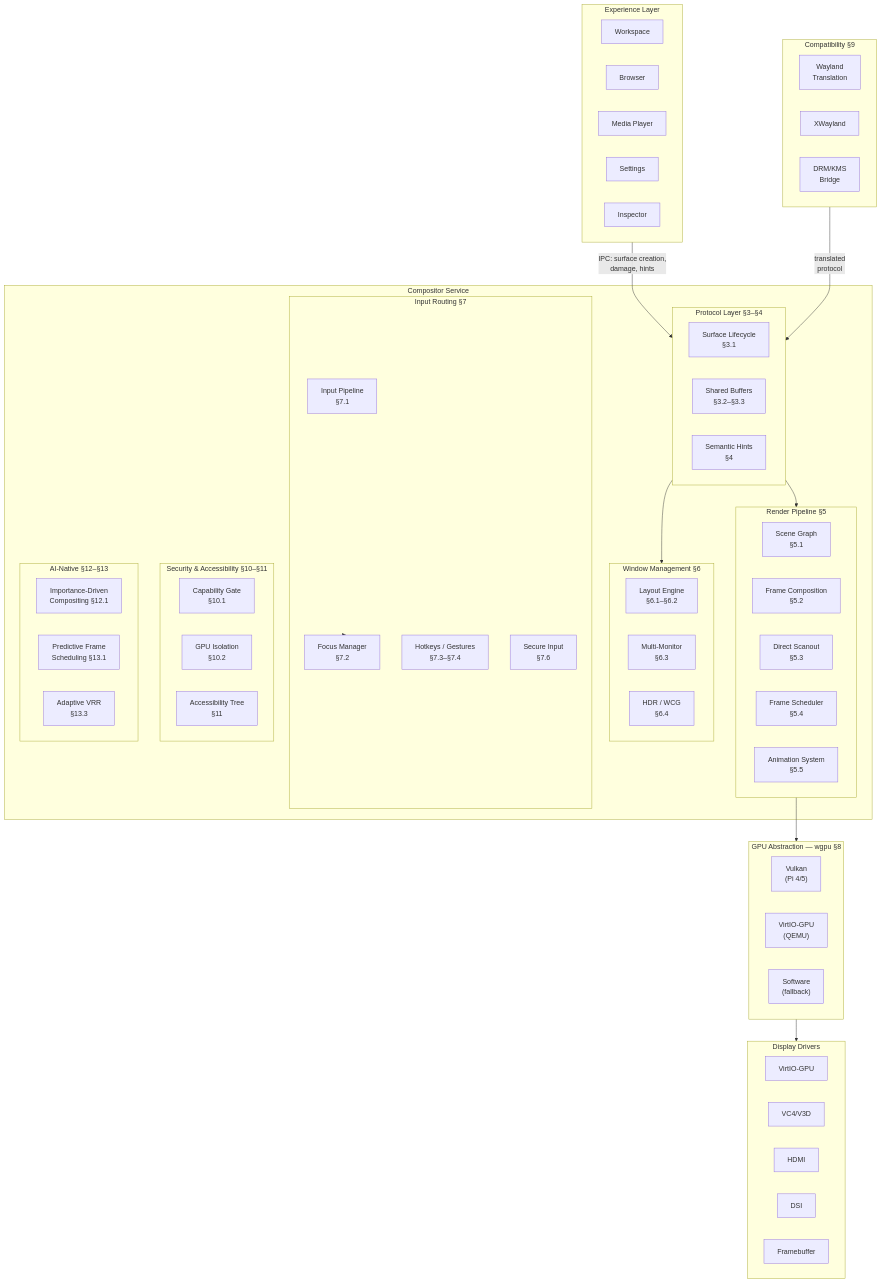
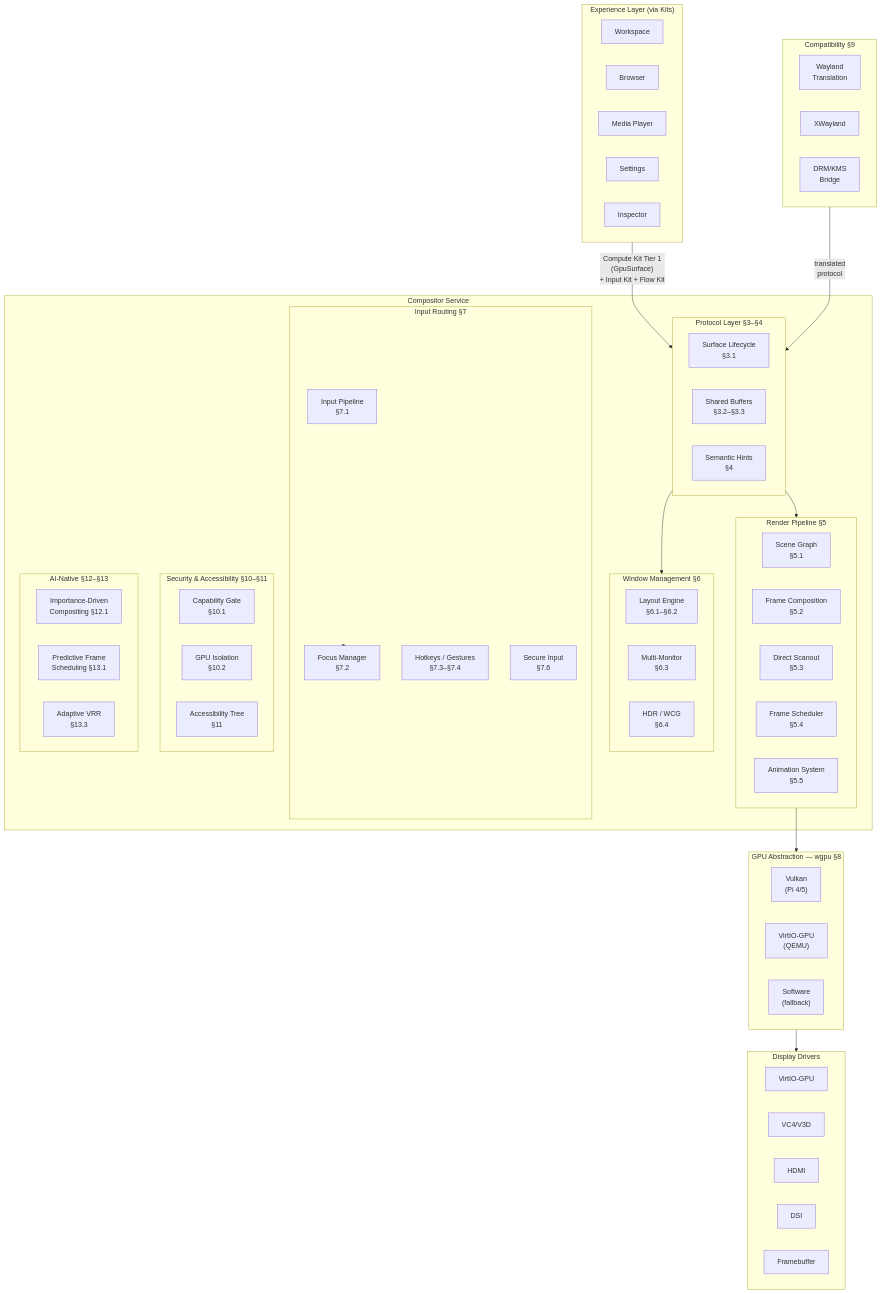
The diagram in docs/platform/compositor.md (juslee/aios), drawn with Mermaid before and after one commit. The commit also changed other lines of this file and 7 other files, not shown here.

First line of the commit message:
Docs: Align deep-dive docs with Kit architecture decisions (#112)

````diff
--- a/docs/platform/compositor.md
+++ b/docs/platform/compositor.md
@@ -51,6 +54,6 @@
 ```mermaid
 flowchart TD
-    subgraph Experience["Experience Layer"]
+    subgraph Experience["Experience Layer (via Kits)"]
         Workspace
         Browser
         MediaPlayer["Media Player"]
@@ -58,7 +61,7 @@
         Inspector
     end
 
-    Experience -->|"IPC: surface creation,\ndamage, hints"| Protocol
+    Experience -->|"Compute Kit Tier 1\n(GpuSurface)\n+ Input Kit + Flow Kit"| Protocol
 
     subgraph Compositor["Compositor Service"]
         subgraph Protocol["Protocol Layer §3–§4"]
````
